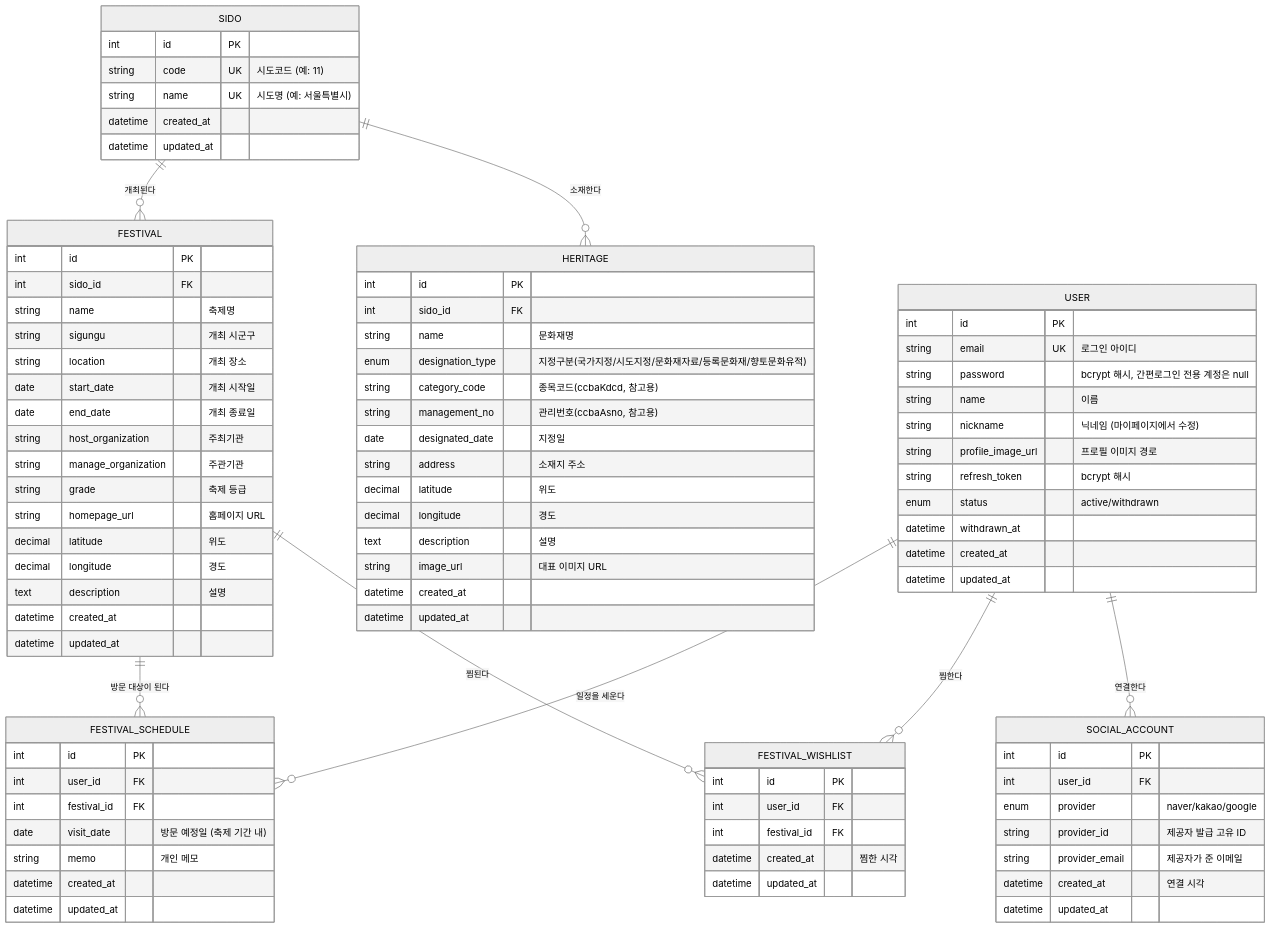
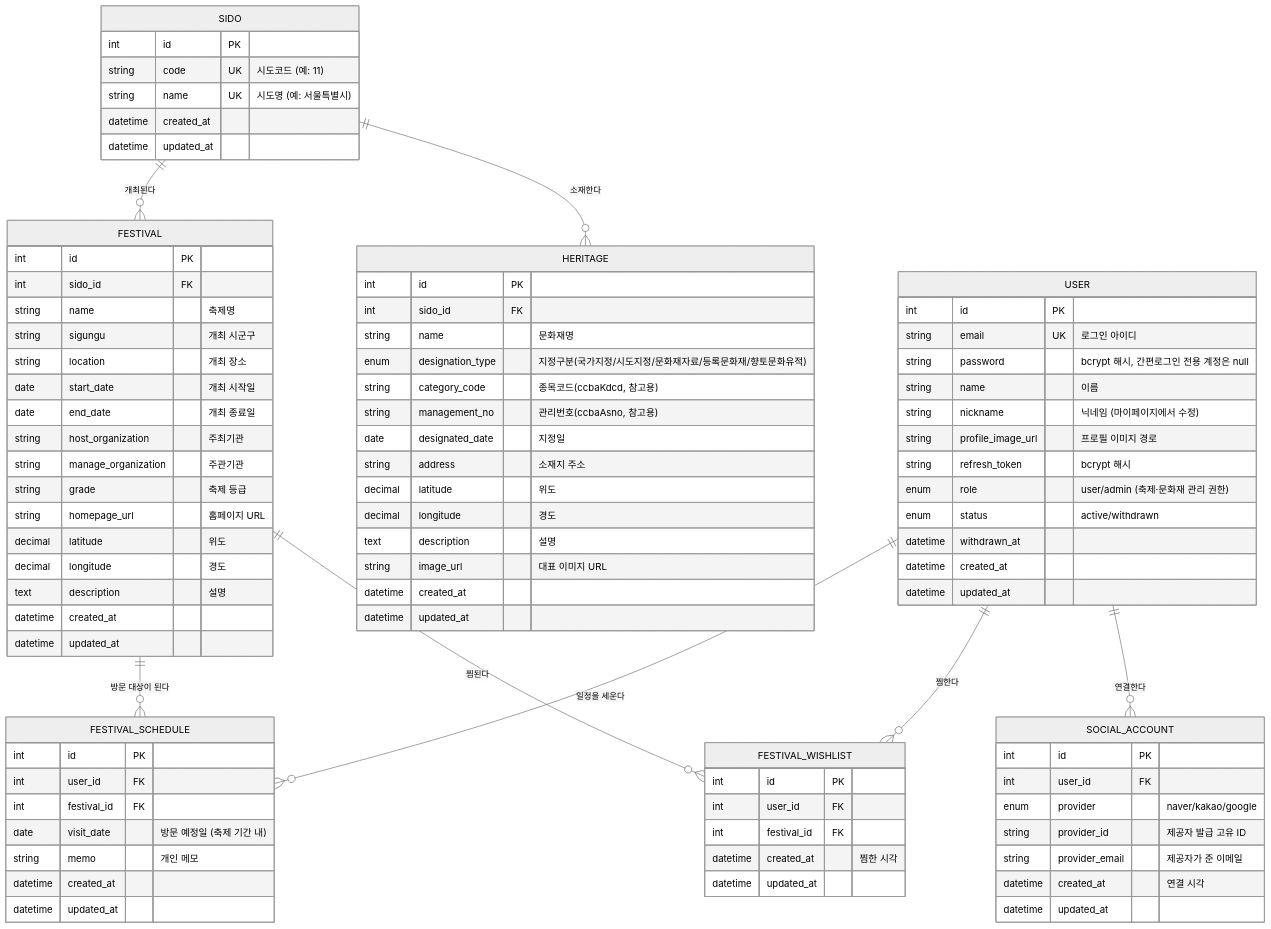
The diagram in backend/docs/ERD.md (pkjuno/projectHeritage), drawn with Mermaid (neutral theme) before and after one commit. The commit also changed 23 other files, not shown here.

```diff
--- a/backend/docs/ERD.md
+++ b/backend/docs/ERD.md
@@ -75,6 +75,7 @@
         string nickname "닉네임 (마이페이지에서 수정)"
         string profile_image_url "프로필 이미지 경로"
         string refresh_token "bcrypt 해시"
+        enum role "user/admin (축제·문화재 관리 권한)"
         enum status "active/withdrawn"
         datetime withdrawn_at
         datetime created_at
```
